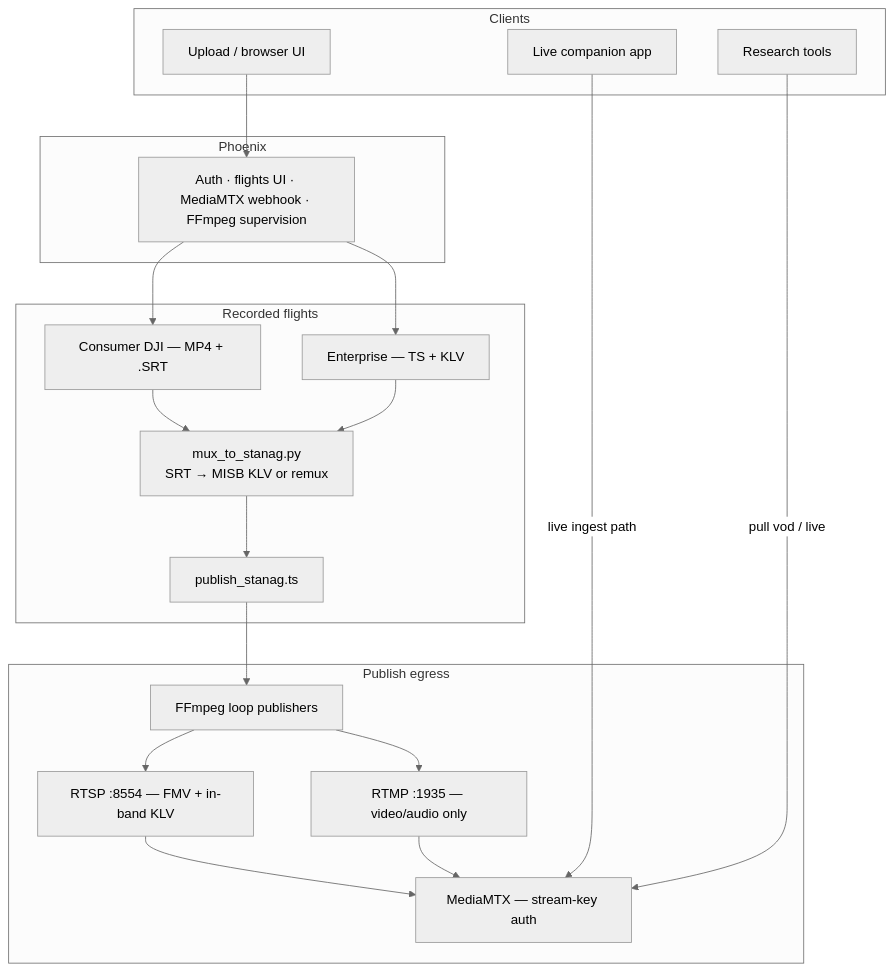
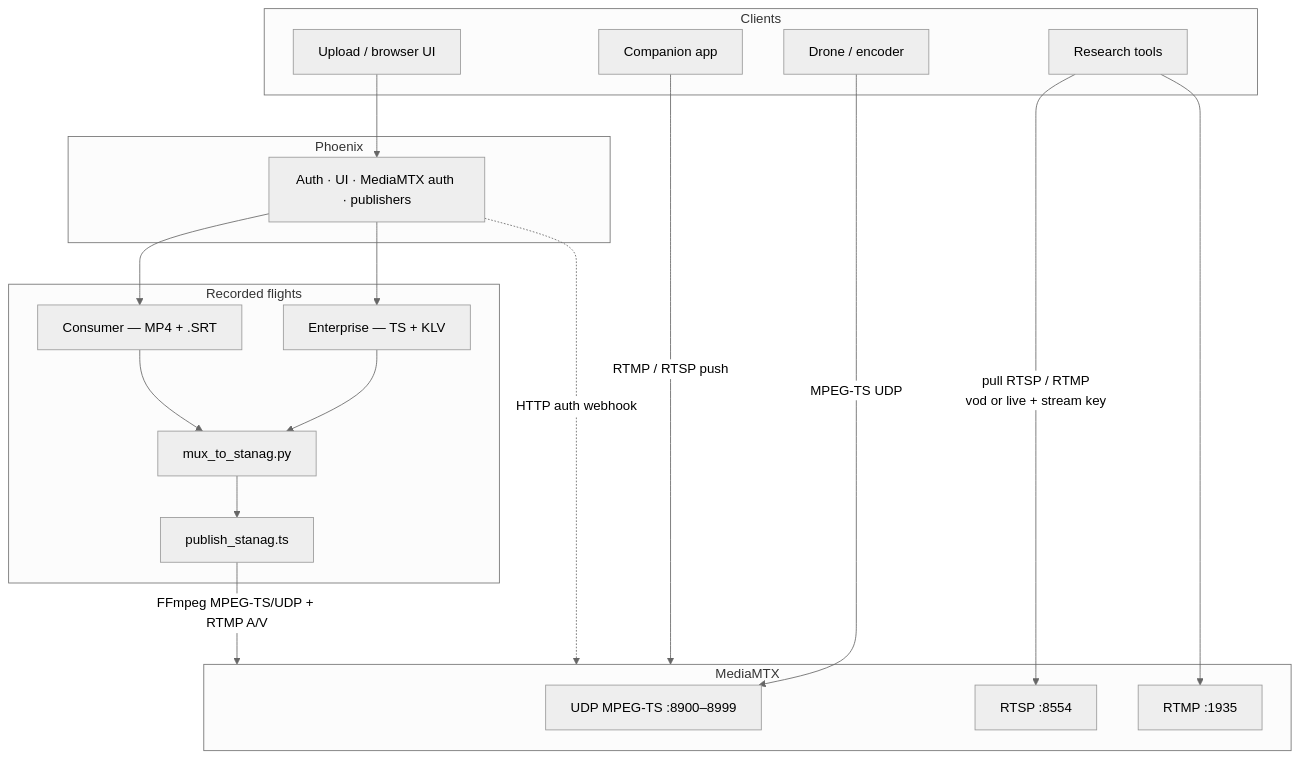
Before and after one commit to tfeuerbach/dronefeed: the diagram in README.md, drawn with Mermaid (neutral theme). The commit also changed other lines of this file and 4 other files, not shown here.

````diff
--- a/README.md
+++ b/README.md
@@ -22,38 +23,39 @@
 ```mermaid
 flowchart TB
   subgraph clients["Clients"]
     UP["Upload / browser UI"]
-    LIVE["Live companion app"]
+    COMP["Companion app"]
+    DRONE["Drone / encoder"]
     PULL["Research tools"]
   end
 
   subgraph phoenix["Phoenix"]
-    WEB["Auth · flights UI · MediaMTX webhook · FFmpeg supervision"]
+    WEB["Auth · UI · MediaMTX auth · publishers"]
   end
 
   subgraph recorded["Recorded flights"]
-    DJI["Consumer DJI — MP4 + .SRT"]
+    DJI["Consumer — MP4 + .SRT"]
     ENT["Enterprise — TS + KLV"]
-    MUX["mux_to_stanag.py<br/>SRT → MISB KLV or remux"]
+    MUX["mux_to_stanag.py"]
     TS["publish_stanag.ts"]
     DJI --> MUX
     ENT --> MUX
     MUX --> TS
   end
 
-  subgraph egress["Publish egress"]
-    FF["FFmpeg loop publishers"]
-    RTSP["RTSP :8554 — FMV + in-band KLV"]
-    RTMP["RTMP :1935 — video/audio only"]
-    MTX["MediaMTX — stream-key auth"]
-    FF --> RTSP --> MTX
-    FF --> RTMP --> MTX
+  subgraph mtx["MediaMTX"]
+    UDP_IN["UDP MPEG-TS :8900–8999"]
+    RTMP_P["RTMP :1935"]
+    RTSP_P["RTSP :8554"]
   end
 
   UP --> WEB
-  LIVE -->|live ingest path| MTX
   WEB --> DJI
   WEB --> ENT
-  TS --> FF
-  PULL -->|pull vod / live| MTX
+  TS -->|FFmpeg MPEG-TS/UDP + RTMP A/V| mtx
+  COMP -->|RTMP / RTSP push| mtx
+  DRONE -->|MPEG-TS UDP| UDP_IN
+  PULL -->|pull RTSP / RTMP<br/>vod or live + stream key| RTSP_P
+  PULL --> RTMP_P
+  WEB -.->|HTTP auth webhook| mtx
 ```
````
